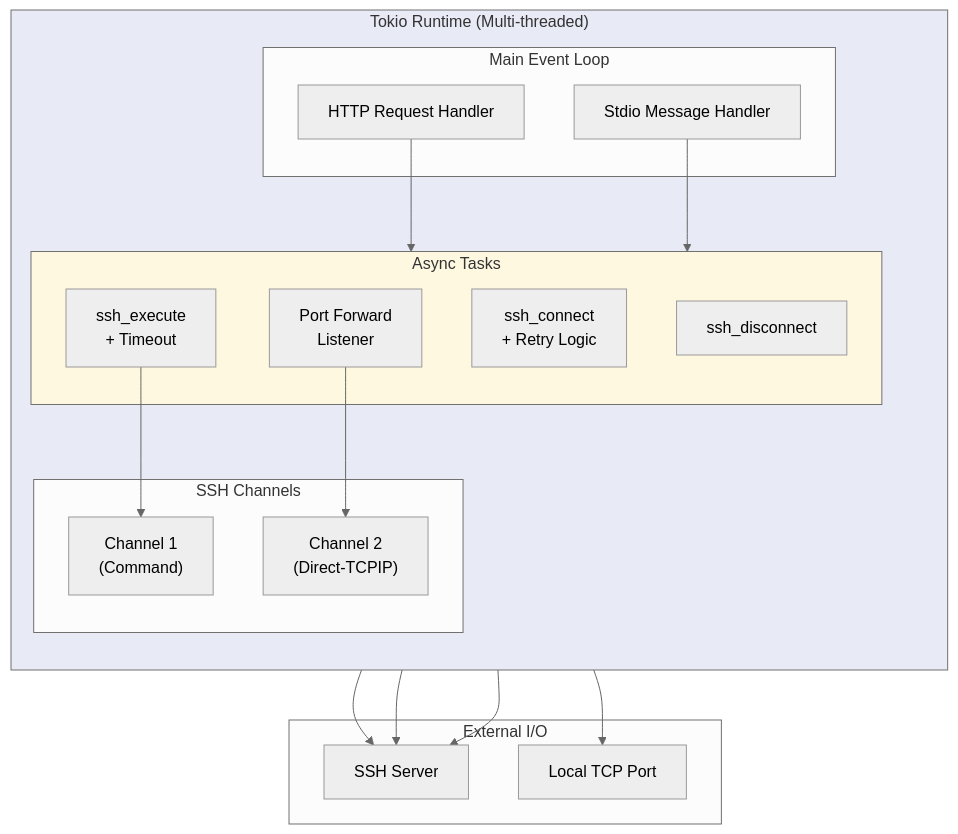
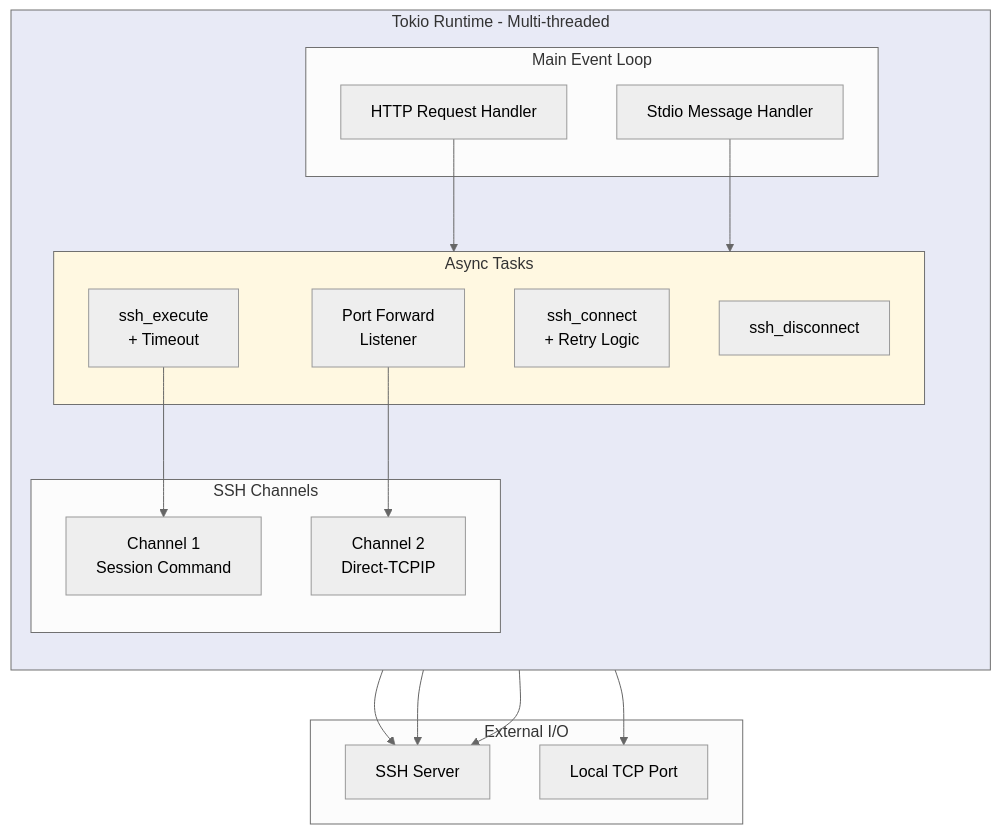
One commit to farchanjo/ssh-mcp changed the fifth of 9 diagrams in docs/ARCHITECTURE.md. Above: the diagram before and after it, drawn with Mermaid (neutral theme). The commit also changed other lines of this file, not shown here.

First line of the commit message:
docs(architecture): update for new modular structure with russh

````diff
--- a/docs/ARCHITECTURE.md
+++ b/docs/ARCHITECTURE.md
@@ -224,40 +339,40 @@
 ```mermaid
 flowchart TB
-    subgraph Runtime["Tokio Runtime (Multi-threaded)"]
+    subgraph Runtime["Tokio Runtime - Multi-threaded"]
         direction TB
 
         subgraph MainLoop["Main Event Loop"]
             HTTP["HTTP Request Handler"]
             STDIO["Stdio Message Handler"]
         end
 
         subgraph Tasks["Async Tasks"]
             Connect["ssh_connect<br/>+ Retry Logic"]
             Execute["ssh_execute<br/>+ Timeout"]
             Forward["Port Forward<br/>Listener"]
             Disconnect["ssh_disconnect"]
         end
 
         subgraph Channels["SSH Channels"]
-            Chan1["Channel 1<br/>(Command)"]
-            Chan2["Channel 2<br/>(Direct-TCPIP)"]
+            Chan1["Channel 1<br/>Session Command"]
+            Chan2["Channel 2<br/>Direct-TCPIP"]
         end
     end
 
     subgraph External["External I/O"]
         SSHServer["SSH Server"]
         LocalPort["Local TCP Port"]
     end
 
     HTTP --> Tasks
     STDIO --> Tasks
     Connect --> SSHServer
     Execute --> Chan1
     Forward --> Chan2
     Forward --> LocalPort
     Chan1 --> SSHServer
     Chan2 --> SSHServer
 
     style Runtime fill:#e8eaf6
     style Tasks fill:#fff8e1
 ```
````
